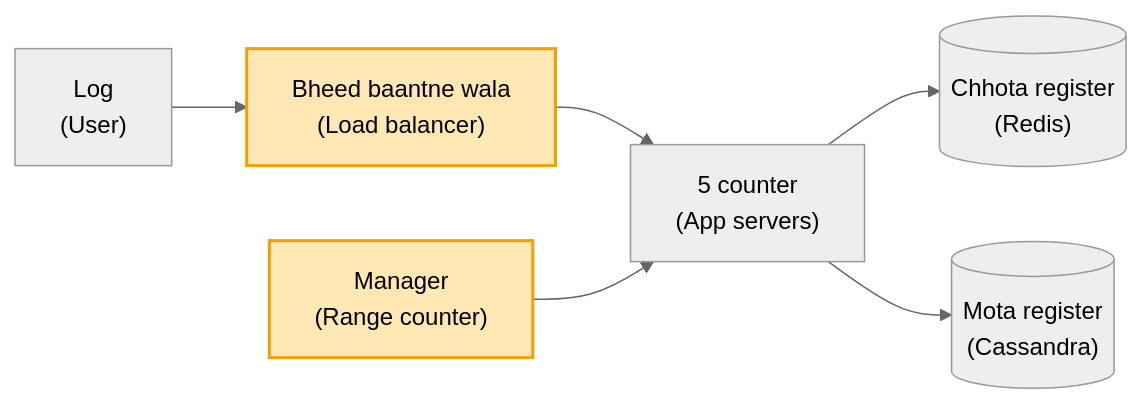
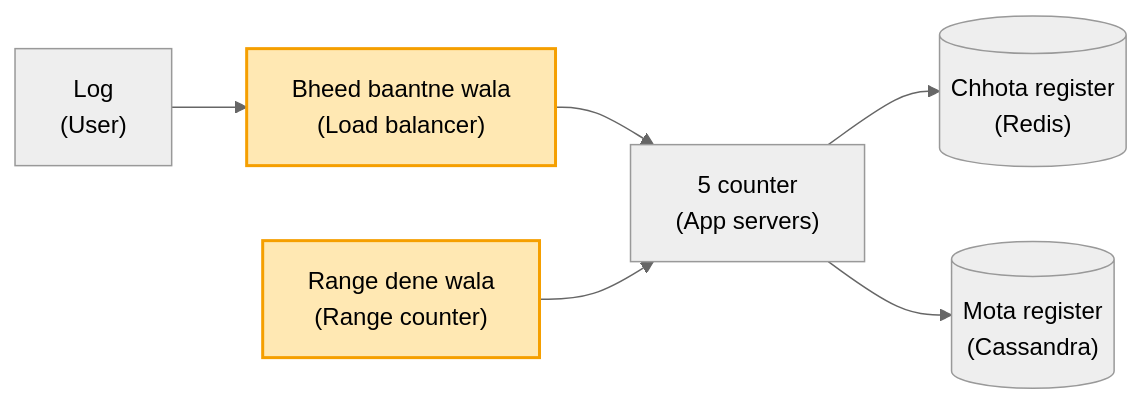
One commit to ArpanMaheshwari144/Prep changed the fifth of 11 diagrams in 04_HLD/SYSTEM_DESIGNS/01_url_shortener/01_url_shortener.md. Above: the diagram before and after it, drawn with Mermaid (neutral theme). The commit also changed other lines of this file and 17 other files, not shown here.

Commit message:
HLD: 17 main files hand notes se milaye (har block alag section, kahani + asli naam, mermaid), technical naam bhi rakhe

````diff
--- a/04_HLD/SYSTEM_DESIGNS/01_url_shortener/01_url_shortener.md
+++ b/04_HLD/SYSTEM_DESIGNS/01_url_shortener/01_url_shortener.md
@@ -88,10 +121,10 @@
 ```mermaid
 flowchart LR
     U["Log<br/>(User)"] --> LB["Bheed baantne wala<br/>(Load balancer)"]
     LB --> C["5 counter<br/>(App servers)"]
-    M["Manager<br/>(Range counter)"] --> C
+    M["Range dene wala<br/>(Range counter)"] --> C
     C --> R[("Chhota register<br/>(Redis)")]
     C --> D[("Mota register<br/>(Cassandra)")]
     style LB fill:#ffe8b3,stroke:#f59f00,stroke-width:2px,color:#000
     style M fill:#ffe8b3,stroke:#f59f00,stroke-width:2px,color:#000
 ```
````
